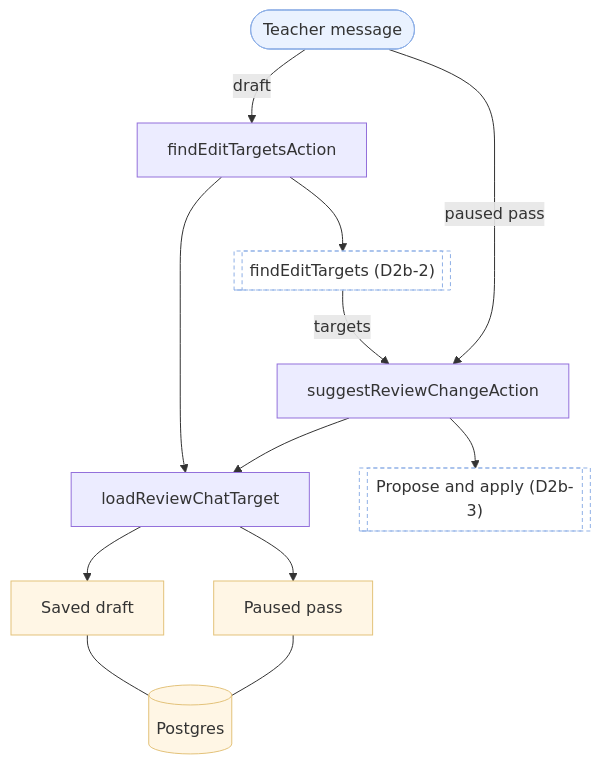
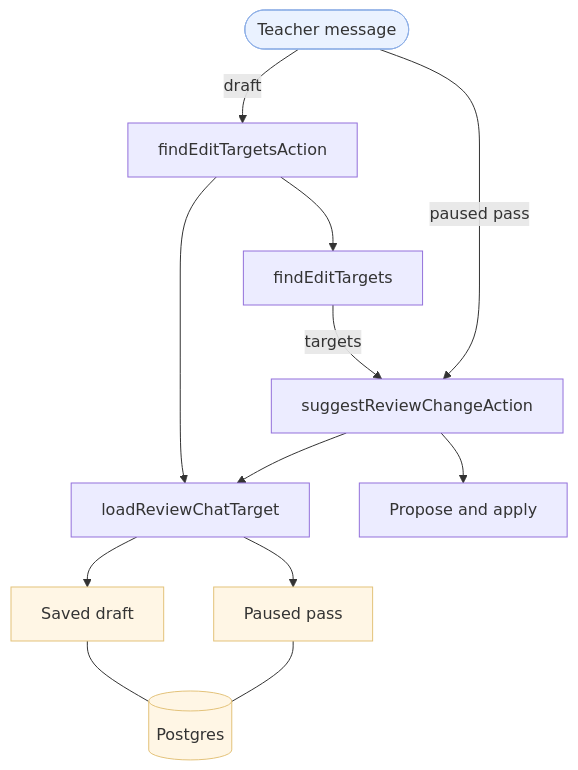
One commit to damiancxliew/CS3216_Assignment3 changed the diagram in docs/diagrams/d2b-1-edit-routing.mmd. Above: the diagram before and after it, drawn with Mermaid. The commit also changed 4 other files, not shown here.

Commit message:
docs: drop cross-diagram references from D2 and D2b-1

```diff
--- a/docs/diagrams/d2b-1-edit-routing.mmd
+++ b/docs/diagrams/d2b-1-edit-routing.mmd
@@ -1,18 +1,16 @@
 %% D2b-1: routing a review-chat message to its edit base. Node notes: NOTES.md
 flowchart TB
   MSG(["Teacher message"])
   MSG -->|draft| FA["findEditTargetsAction"]
-  FA --> FET[["findEditTargets (D2b-2)"]]
+  FA --> FET["findEditTargets"]
   FET -->|targets| SUG
   MSG -->|"paused pass"| SUG["suggestReviewChangeAction"]
   FA & SUG --> LT["loadReviewChatTarget"]
   LT --> BD["Saved draft"] & BP["Paused pass"]
   BD & BP --- DB[("Postgres")]
-  SUG --> PROP[["Propose and apply (D2b-3)"]]
+  SUG --> PROP["Propose and apply"]
 
   classDef actor fill:#eaf2ff,stroke:#8fb0e6
   classDef store fill:#fff6e5,stroke:#e3c27a
-  classDef xref fill:#ffffff,stroke:#8fb0e6,stroke-dasharray:4 3
   class MSG actor
   class DB,BD,BP store
-  class FET,PROP xref
```
